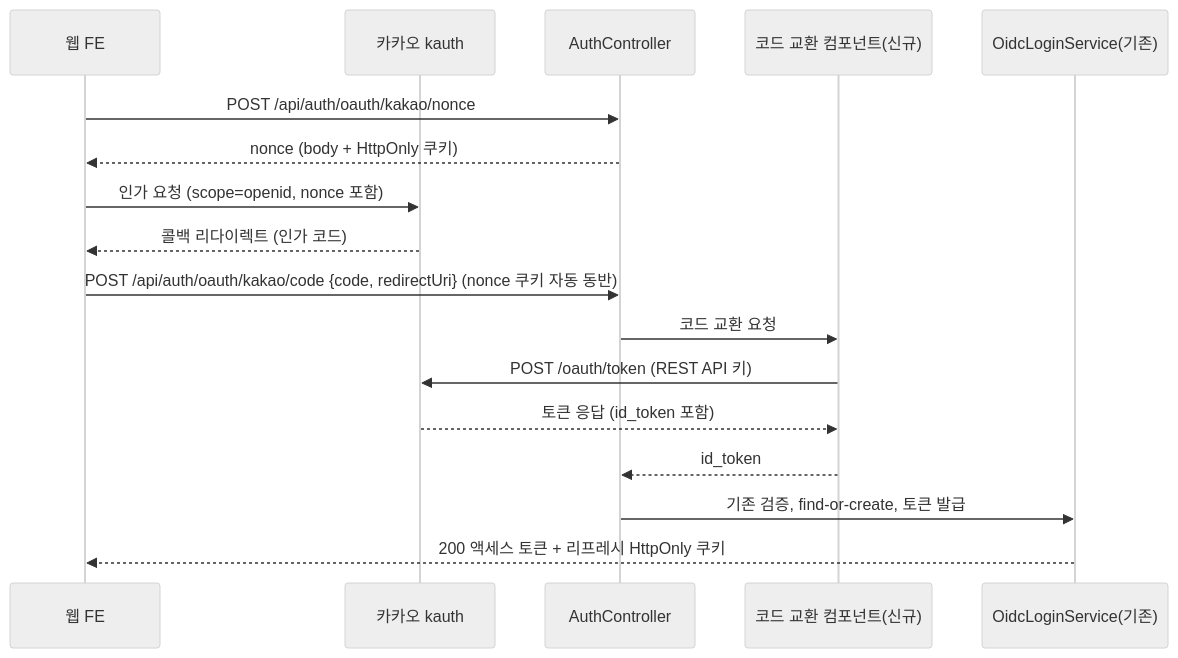
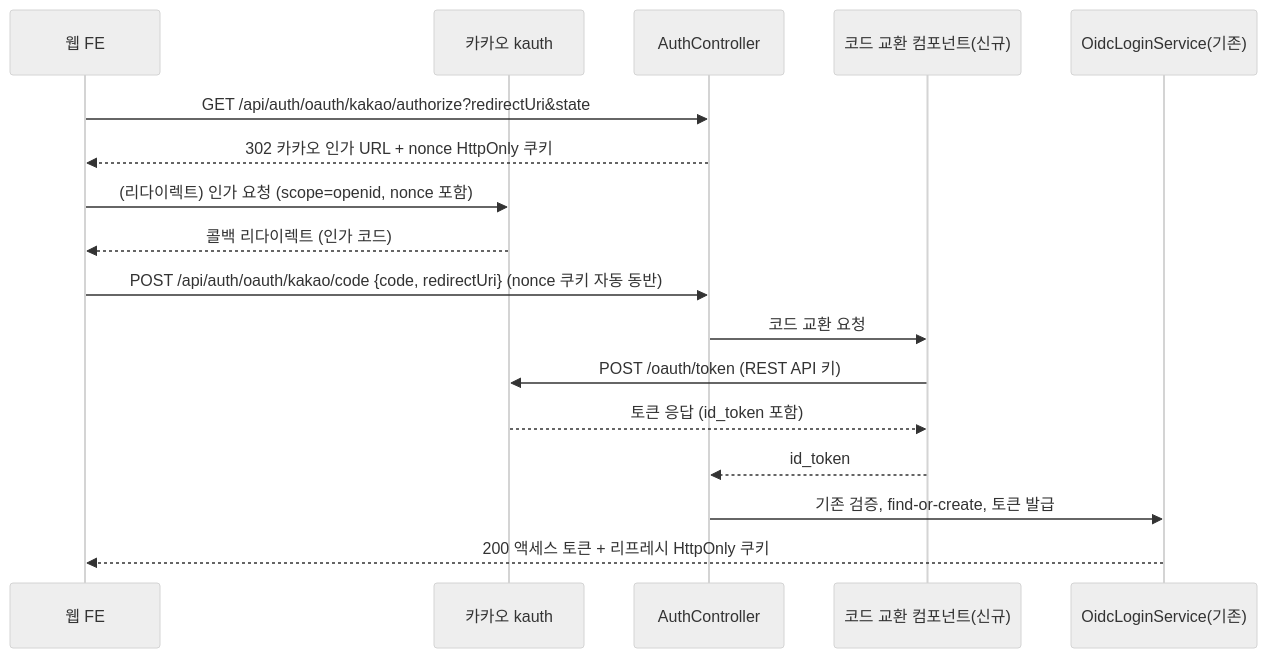
Before and after one commit to ASM-MSG/BE: the first of 2 diagrams in docs/prd/MSG-345-prd.md, drawn with Mermaid (neutral theme). The commit also changed other lines of this file and 1 other file, not shown here.

````diff
--- a/docs/prd/MSG-345-prd.md
+++ b/docs/prd/MSG-345-prd.md
@@ -51,20 +51,20 @@
 ```mermaid
 sequenceDiagram
     participant W as 웹 FE
     participant K as 카카오 kauth
     participant API as AuthController
     participant X as 코드 교환 컴포넌트(신규)
     participant O as OidcLoginService(기존)
 
-    W->>API: POST /api/auth/oauth/kakao/nonce
-    API-->>W: nonce (body + HttpOnly 쿠키)
-    W->>K: 인가 요청 (scope=openid, nonce 포함)
+    W->>API: GET /api/auth/oauth/kakao/authorize?redirectUri&state
+    API-->>W: 302 카카오 인가 URL + nonce HttpOnly 쿠키
+    W->>K: (리다이렉트) 인가 요청 (scope=openid, nonce 포함)
     K-->>W: 콜백 리다이렉트 (인가 코드)
     W->>API: POST /api/auth/oauth/kakao/code {code, redirectUri} (nonce 쿠키 자동 동반)
     API->>X: 코드 교환 요청
     X->>K: POST /oauth/token (REST API 키)
     K-->>X: 토큰 응답 (id_token 포함)
     X-->>API: id_token
     API->>O: 기존 검증, find-or-create, 토큰 발급
     O-->>W: 200 액세스 토큰 + 리프레시 HttpOnly 쿠키
 ```
````
